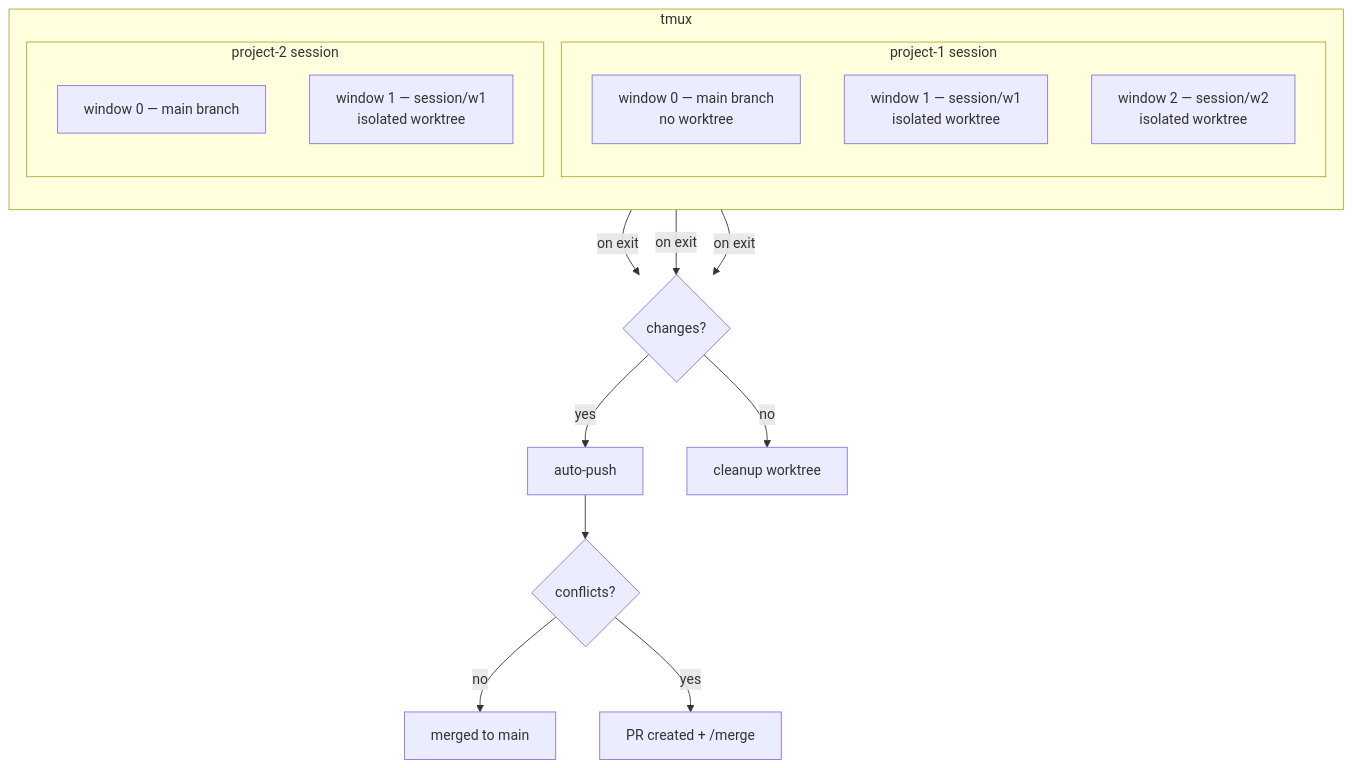
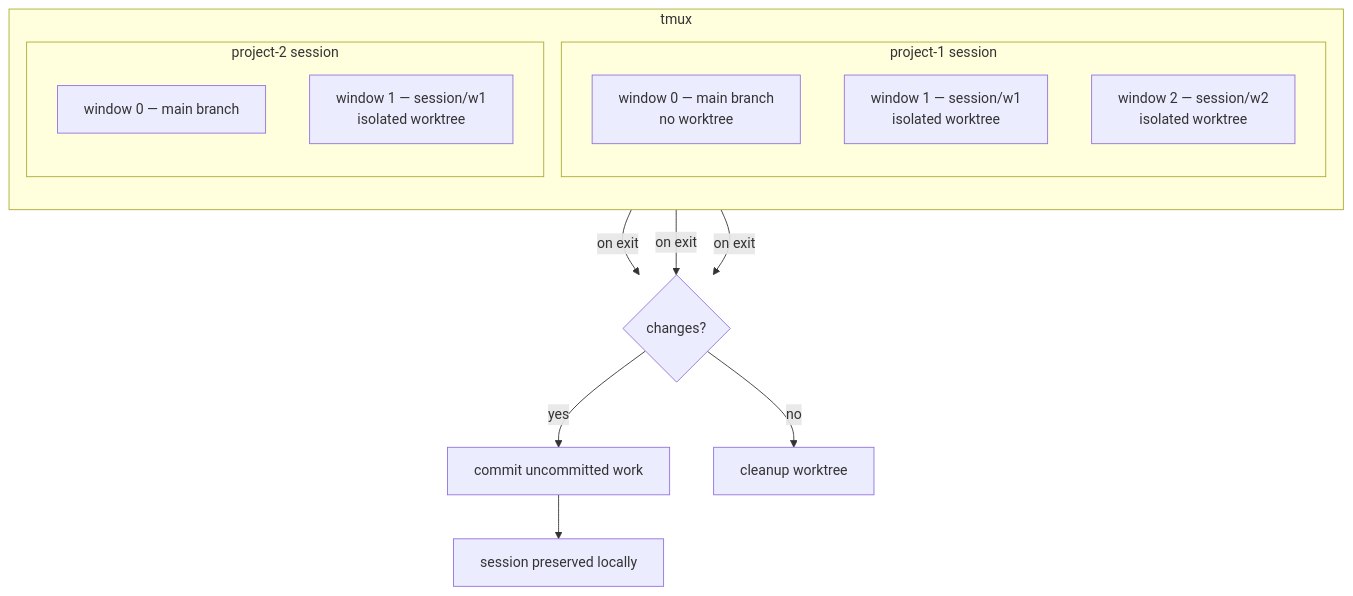
One commit to Kord96/kordinate changed the diagram in docs/dev/sessions.md. Above: the diagram before and after it, drawn with Mermaid. The commit also changed other lines of this file and 7 other files, not shown here.

````diff
--- a/docs/dev/sessions.md
+++ b/docs/dev/sessions.md
@@ -5,22 +5,20 @@
 ```mermaid
 flowchart TB
     subgraph tmux
         direction TB
         subgraph p1[project-1 session]
             W0[window 0 — main branch<br/>no worktree]
             W1[window 1 — session/w1<br/>isolated worktree]
             W2[window 2 — session/w2<br/>isolated worktree]
         end
         subgraph p2[project-2 session]
             PW0[window 0 — main branch]
             PW1[window 1 — session/w1<br/>isolated worktree]
         end
     end
 
-    W1 & W2 & PW1 -->|on exit| PR{changes?}
-    PR -->|yes| PUSH[auto-push]
-    PR -->|no| CLEAN[cleanup worktree]
-    PUSH --> FF{conflicts?}
-    FF -->|no| DONE[merged to main]
-    FF -->|yes| MERGE[PR created + /merge]
+    W1 & W2 & PW1 -->|on exit| CHK{changes?}
+    CHK -->|yes| COMMIT[commit uncommitted work]
+    CHK -->|no| CLEAN[cleanup worktree]
+    COMMIT --> PRESERVE[session preserved locally]
 ```
````
